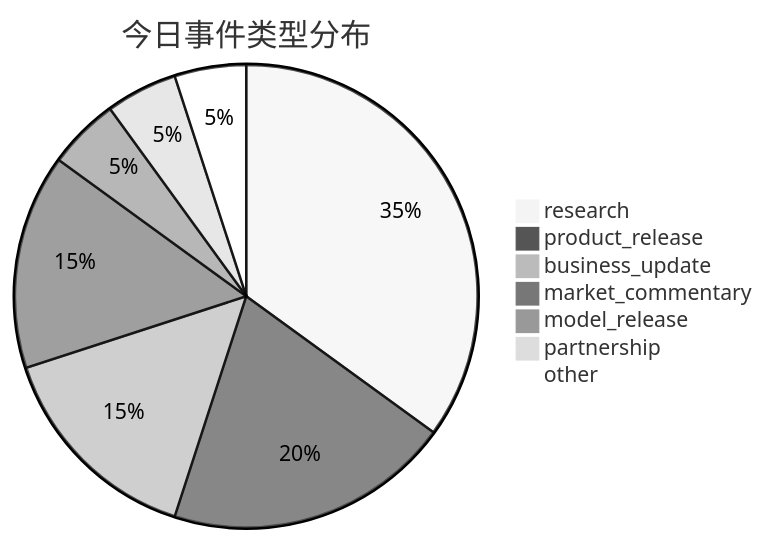
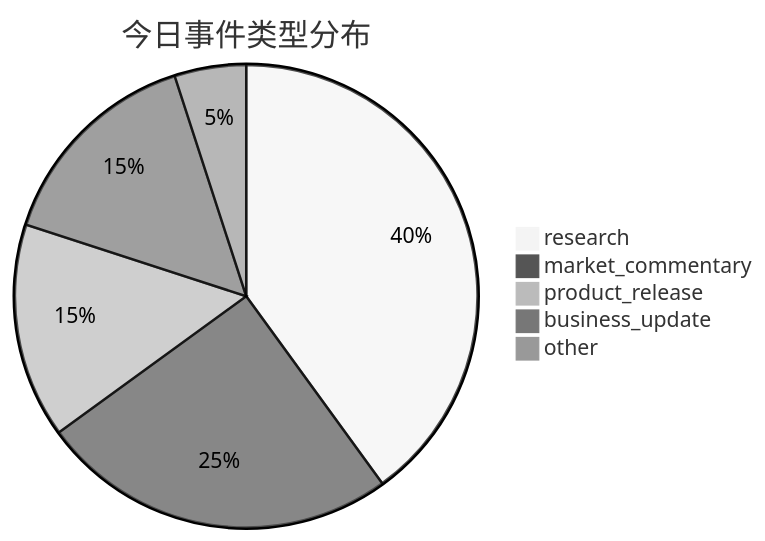
One commit to LvienOeria/daily-ai-insight-engine-v2 changed the second of 3 diagrams in reports/daily_ai_report.md. Above: the diagram before and after it, drawn with Mermaid (neutral theme). The commit also changed other lines of this file and 9 other files, not shown here.

````diff
--- a/reports/daily_ai_report.md
+++ b/reports/daily_ai_report.md
@@ -89,11 +106,9 @@
 ```mermaid
 pie
     title 今日事件类型分布
-    "research" : 7
-    "product_release" : 4
+    "research" : 8
+    "market_commentary" : 5
+    "product_release" : 3
     "business_update" : 3
-    "market_commentary" : 3
-    "model_release" : 1
-    "partnership" : 1
     "other" : 1
 ```
````
